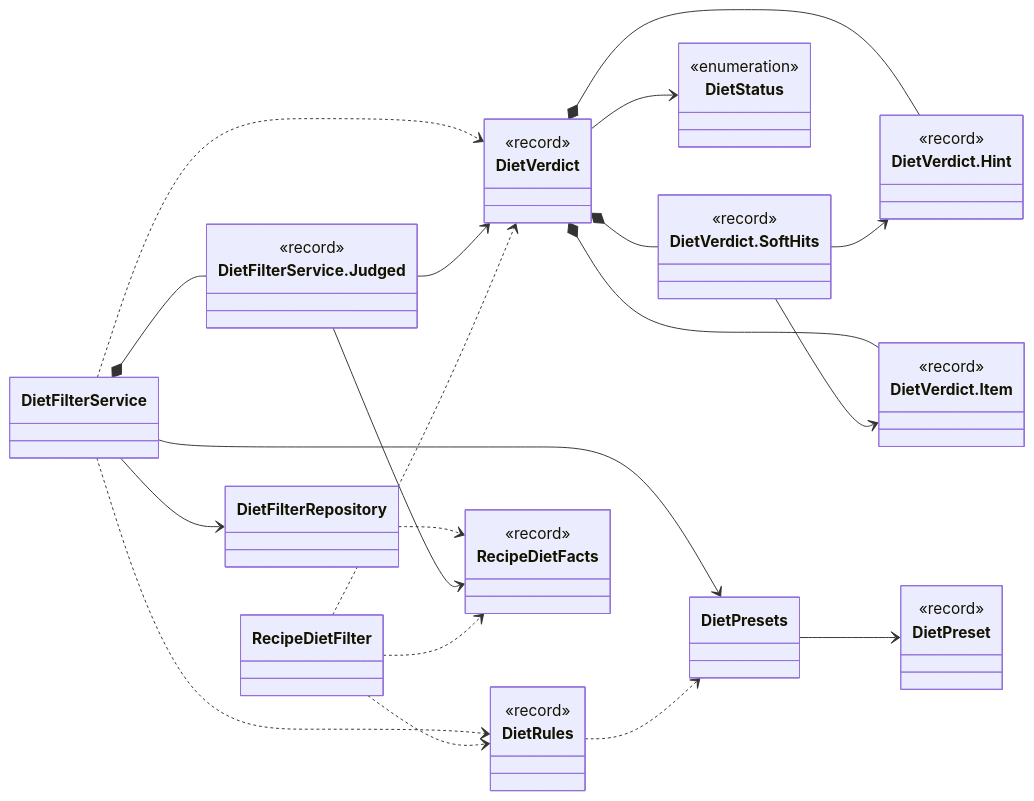
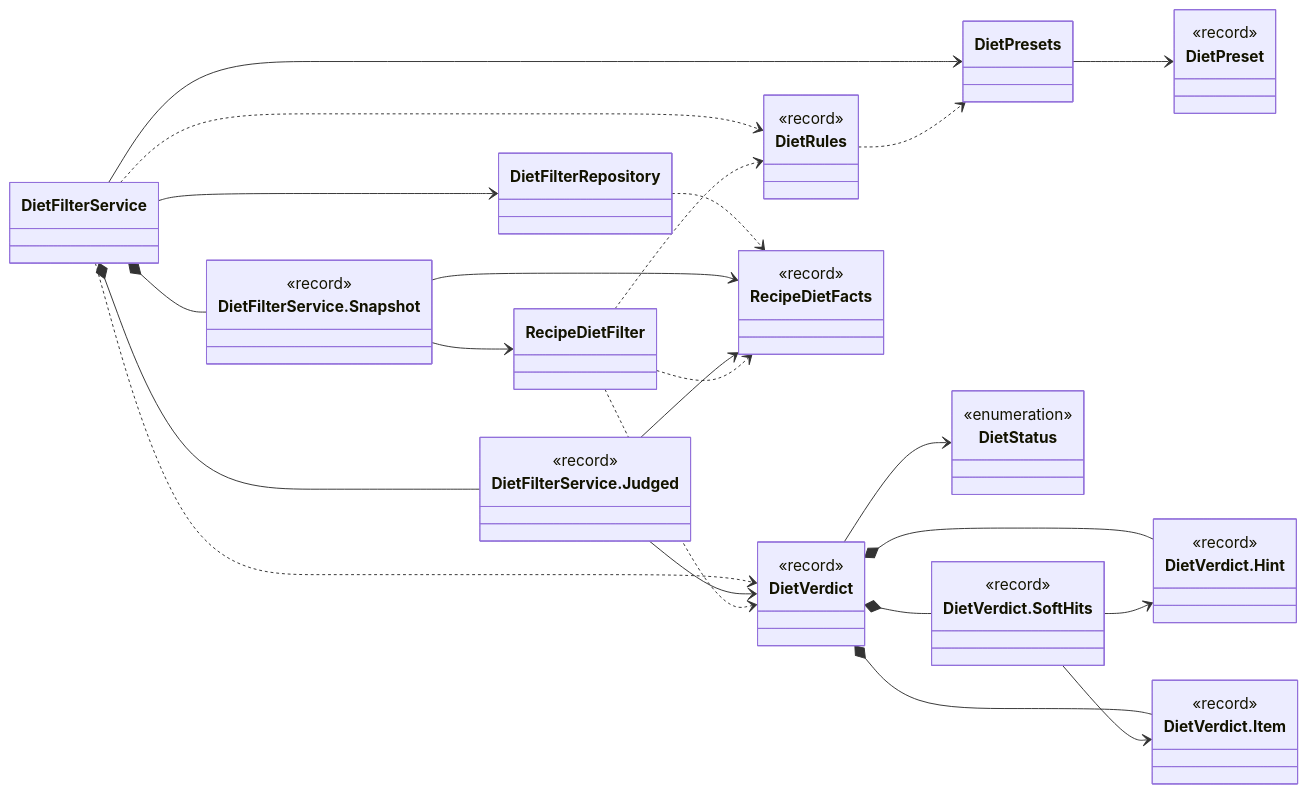
The first of 15 diagrams in docs/classes/diet.md (Nate-ryan-7690/dahaem), drawn with Mermaid before and after one commit. The commit also changed other lines of this file and 35 other files, not shown here.

````diff
--- a/docs/classes/diet.md
+++ b/docs/classes/diet.md
@@ -11,54 +11,60 @@
 ```mermaid
 classDiagram
     direction LR
     class diet_DietFilterRepository["DietFilterRepository"]
     class diet_DietFilterService["DietFilterService"]
+    class diet_DietFilterService_Snapshot["DietFilterService.Snapshot"] {
+        <<record>>
+    }
     class diet_DietFilterService_Judged["DietFilterService.Judged"] {
         <<record>>
     }
     class diet_DietPreset["DietPreset"] {
         <<record>>
     }
     class diet_DietPresets["DietPresets"]
     class diet_DietRules["DietRules"] {
         <<record>>
     }
     class diet_DietStatus["DietStatus"] {
         <<enumeration>>
     }
     class diet_DietVerdict["DietVerdict"] {
         <<record>>
     }
     class diet_DietVerdict_Hint["DietVerdict.Hint"] {
         <<record>>
     }
     class diet_DietVerdict_Item["DietVerdict.Item"] {
         <<record>>
     }
     class diet_DietVerdict_SoftHits["DietVerdict.SoftHits"] {
         <<record>>
     }
     class diet_RecipeDietFacts["RecipeDietFacts"] {
         <<record>>
     }
     class diet_RecipeDietFilter["RecipeDietFilter"]
     diet_DietFilterRepository ..> diet_RecipeDietFacts
+    diet_DietFilterService *-- diet_DietFilterService_Snapshot
     diet_DietFilterService *-- diet_DietFilterService_Judged
     diet_DietFilterService --> diet_DietFilterRepository
     diet_DietFilterService --> diet_DietPresets
     diet_DietFilterService ..> diet_DietRules
     diet_DietFilterService ..> diet_DietVerdict
+    diet_DietFilterService_Snapshot --> diet_RecipeDietFacts
+    diet_DietFilterService_Snapshot --> diet_RecipeDietFilter
     diet_DietFilterService_Judged --> diet_DietVerdict
     diet_DietFilterService_Judged --> diet_RecipeDietFacts
     diet_DietPresets --> diet_DietPreset
     diet_DietRules ..> diet_DietPresets
     diet_DietVerdict *-- diet_DietVerdict_Hint
     diet_DietVerdict *-- diet_DietVerdict_Item
     diet_DietVerdict *-- diet_DietVerdict_SoftHits
     diet_DietVerdict --> diet_DietStatus
     diet_DietVerdict_SoftHits --> diet_DietVerdict_Item
     diet_DietVerdict_SoftHits --> diet_DietVerdict_Hint
     diet_RecipeDietFilter ..> diet_DietRules
     diet_RecipeDietFilter ..> diet_DietVerdict
     diet_RecipeDietFilter ..> diet_RecipeDietFacts
 ```
````
